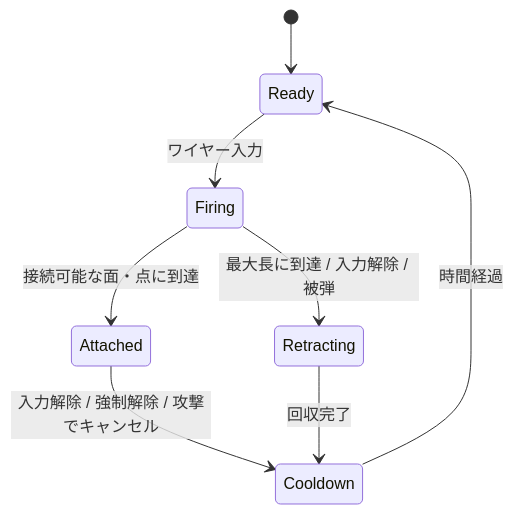
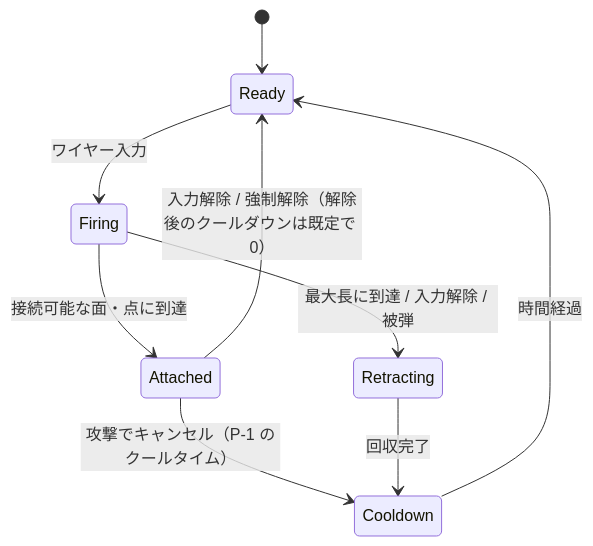
The diagram in docs/01_game_design.md (degunatsu2/AIRERAGE), drawn with Mermaid before and after one commit. The commit also changed other lines of this file and 23 other files, not shown here.

````diff
--- a/docs/01_game_design.md
+++ b/docs/01_game_design.md
@@ -153,10 +153,11 @@
 ```mermaid
 stateDiagram-v2
     [*] --> Ready
     Ready --> Firing: ワイヤー入力
     Firing --> Attached: 接続可能な面・点に到達
     Firing --> Retracting: 最大長に到達 / 入力解除 / 被弾
-    Attached --> Cooldown: 入力解除 / 強制解除 / 攻撃でキャンセル
+    Attached --> Ready: 入力解除 / 強制解除（解除後のクールダウンは既定で 0）
+    Attached --> Cooldown: 攻撃でキャンセル（P-1 のクールタイム）
     Retracting --> Cooldown: 回収完了
     Cooldown --> Ready: 時間経過
 ```
````
